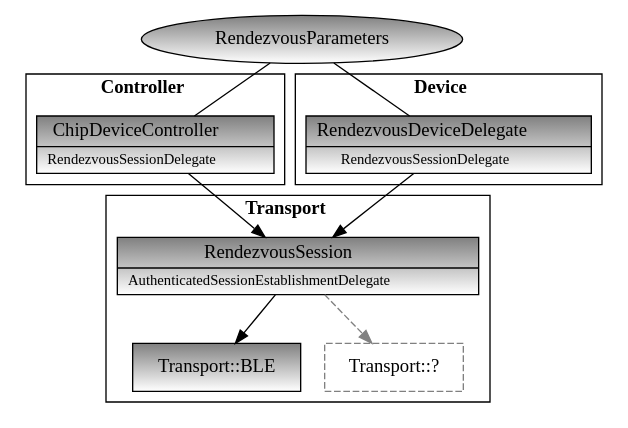
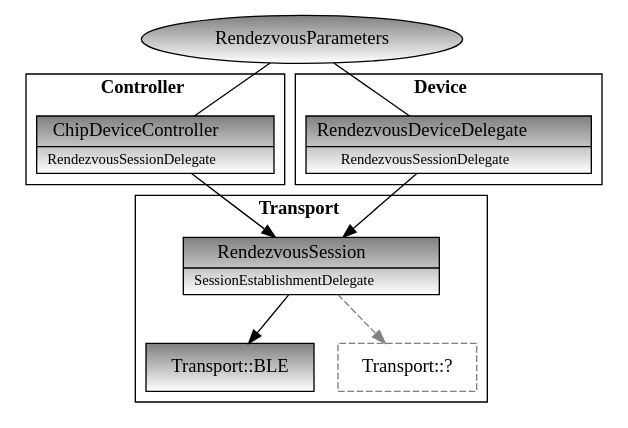
One commit to project-chip/connectedhomeip changed the diagram in docs/dots/Rendezvous/RendezvousSessionGeneral.dot. Above: the diagram before and after it, drawn with Graphviz. The commit also changed 20 other files, not shown here.

```diff
--- a/docs/dots/Rendezvous/RendezvousSessionGeneral.dot
+++ b/docs/dots/Rendezvous/RendezvousSessionGeneral.dot
@@ -1,37 +1,37 @@
 digraph RendezvousSession
 {
   node [shape=box, fillcolor="white:gray", gradientangle=90, style=filled]
 
   # This section represents controller-only elements
   subgraph cluster_controller {
     label=<<b>Controller</b>>
 
     ChipDeviceController [shape=record label=<{ChipDeviceController|<font point-size="11">RendezvousSessionDelegate</font>}>, URL="@ref chip::DeviceController::ChipDeviceController"]
   }
 
   # This section represents device-only elements
   subgraph cluster_device {
     label=<<b>Device</b>>
 
     RendezvousDeviceDelegate [shape=record label=<{RendezvousDeviceDelegate|<font point-size="11">RendezvousSessionDelegate</font>}> URL="@ref chip::RendezvousSessionDelegate"]
   }
 
   # This section represents elements which belongs to src/transport/
   subgraph cluster_transport {
     label=<<b>Transport</b>>
 
-    RendezvousSession [shape=record, label=<{RendezvousSession|<font point-size="11">AuthenticatedSessionEstablishmentDelegate</font>}>, URL="@ref chip::AuthenticatedSessionEstablishmentDelegate"]
+    RendezvousSession [shape=record, label=<{RendezvousSession|<font point-size="11">SessionEstablishmentDelegate</font>}>, URL="@ref chip::SessionEstablishmentDelegate"]
     TransportBle [label="Transport::BLE", URL="@ref chip::Transport::BLE"]
     TransportInet [label="Transport::?", style=dashed, color=gray]
   }
 
   #############################
   # Main relationships
   #############################
   RendezvousParameters [shape=ellipse, URL="@ref chip::RendezvousParameters"]
   RendezvousParameters -> { ChipDeviceController, RendezvousDeviceDelegate} [arrowhead=none]
 
   {ChipDeviceController, RendezvousDeviceDelegate} -> RendezvousSession
   RendezvousSession -> TransportBle
   RendezvousSession -> TransportInet [style=dashed, color=gray]
 }
```
